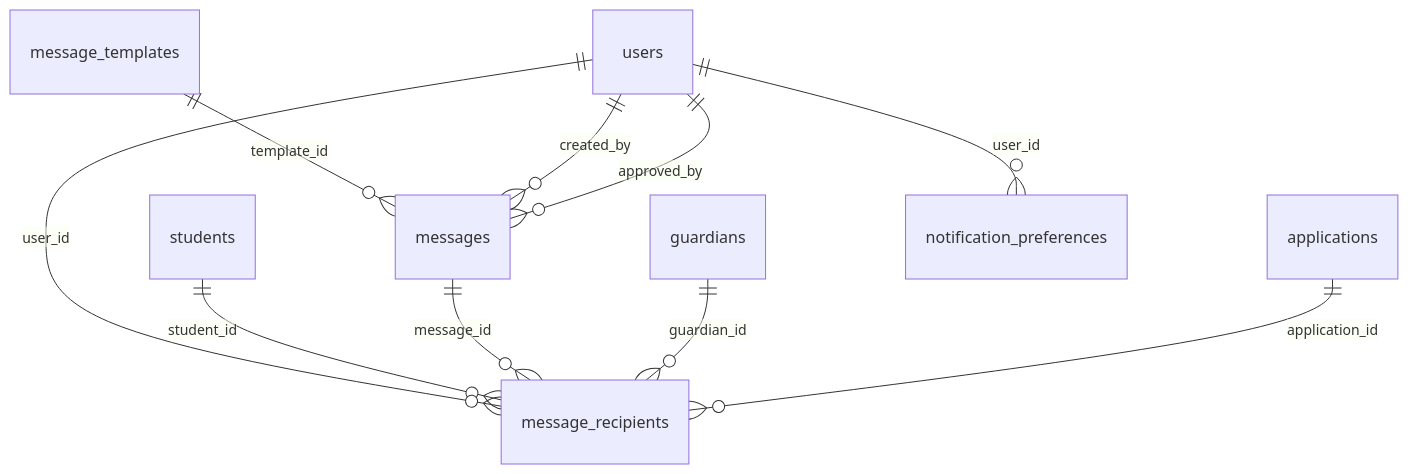
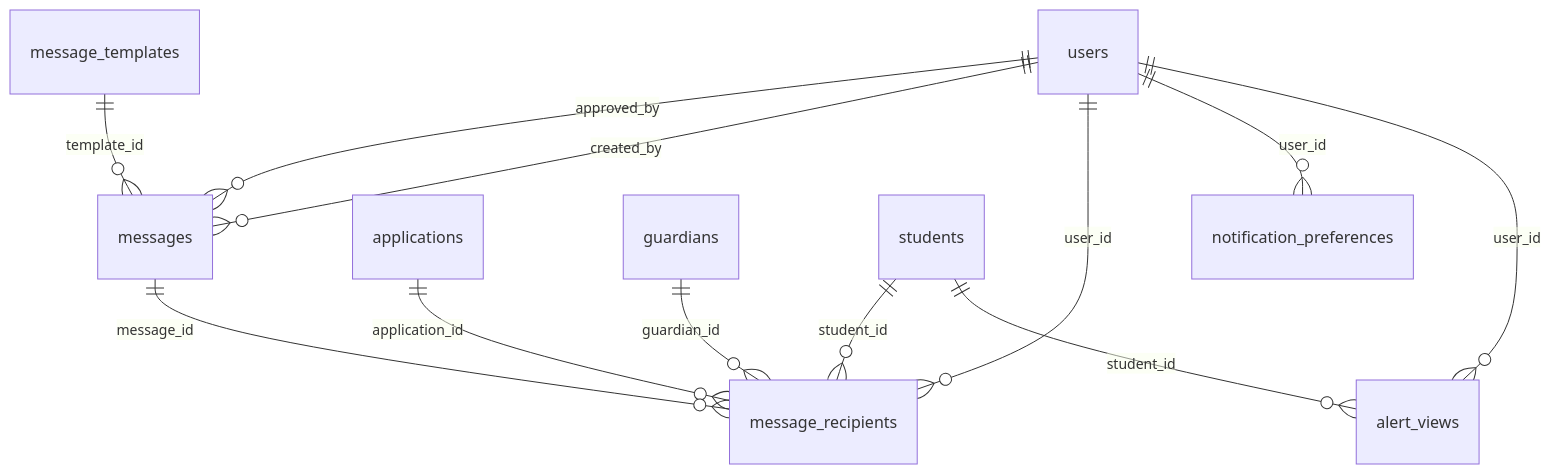
One commit to shivansh2277/School-management-system changed diagram 26 of 27 in docs/DATABASE.md. Above: the diagram before and after it, drawn with Mermaid. The commit also changed other lines of this file and 348 other files, not shown here.

````diff
--- a/docs/DATABASE.md
+++ b/docs/DATABASE.md
@@ -2655,12 +3332,14 @@
 ```mermaid
 erDiagram
     users ||--o{ messages : "approved_by"
     users ||--o{ messages : "created_by"
     message_templates ||--o{ messages : "template_id"
     applications ||--o{ message_recipients : "application_id"
     guardians ||--o{ message_recipients : "guardian_id"
     messages ||--o{ message_recipients : "message_id"
     students ||--o{ message_recipients : "student_id"
     users ||--o{ message_recipients : "user_id"
     users ||--o{ notification_preferences : "user_id"
+    students ||--o{ alert_views : "student_id"
+    users ||--o{ alert_views : "user_id"
 ```
````
